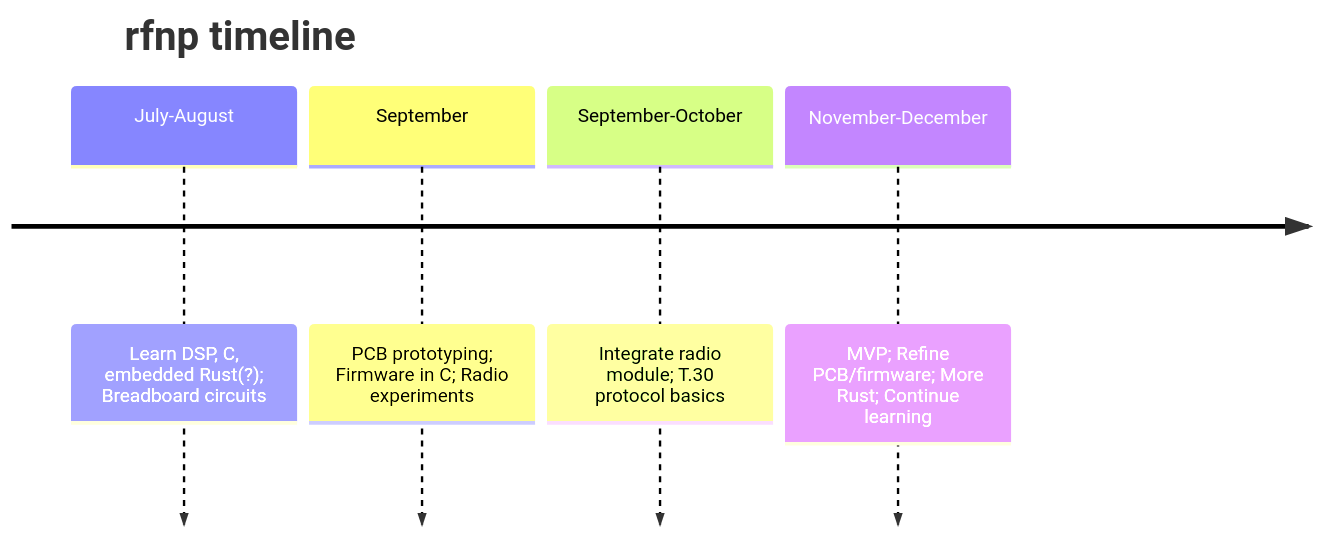
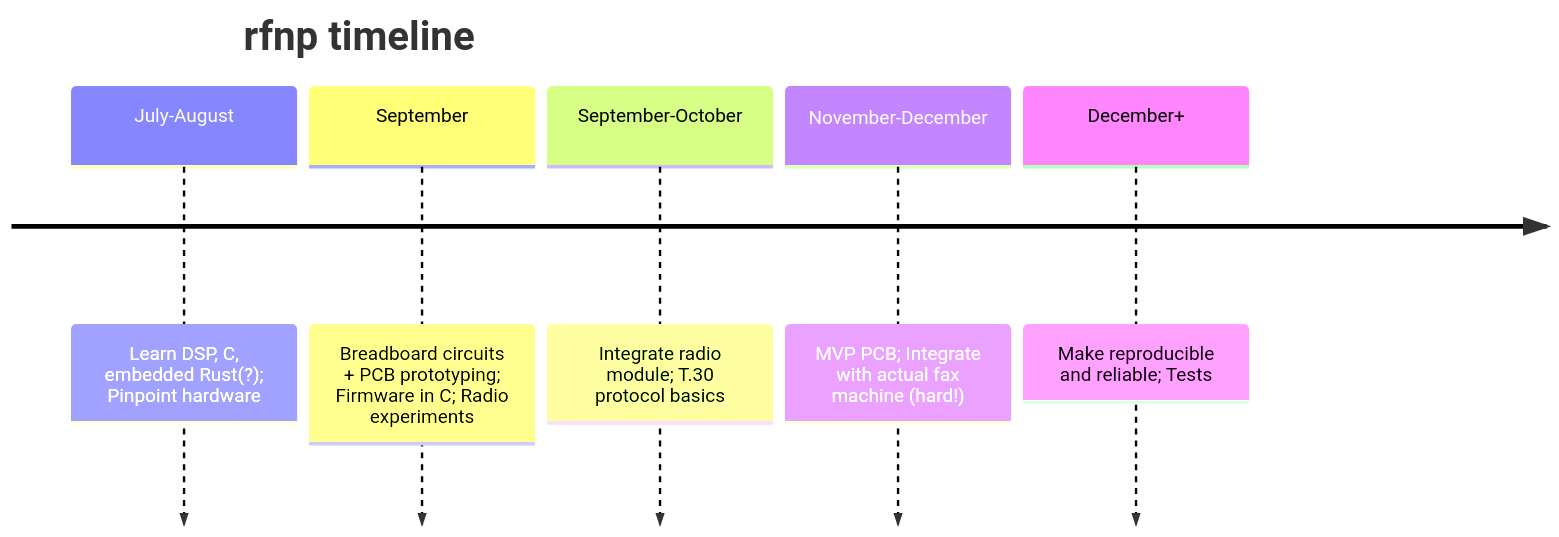
Before and after one commit to confestim/rfnp: the diagram in doc/README.md, drawn with Mermaid.

Commit message:
this is gonna be so damn hard actually

````diff
--- a/doc/README.md
+++ b/doc/README.md
@@ -20,8 +20,9 @@
 ```mermaid
 timeline
     title rfnp timeline
-    July-August : Learn DSP, C, embedded Rust(?); Breadboard circuits
-    September: PCB prototyping; Firmware in C; Radio experiments
+    July-August : Learn DSP, C, embedded Rust(?); Pinpoint hardware
+    September: Breadboard circuits + PCB prototyping; Firmware in C; Radio experiments
     September-October: Integrate radio module; T.30 protocol basics
-    November-December: MVP; Refine PCB/firmware; More Rust; Continue learning
+    November-December: MVP PCB; Integrate with actual fax machine (hard!)
+    December+: Make reproducible and reliable; Tests
 ```
````
